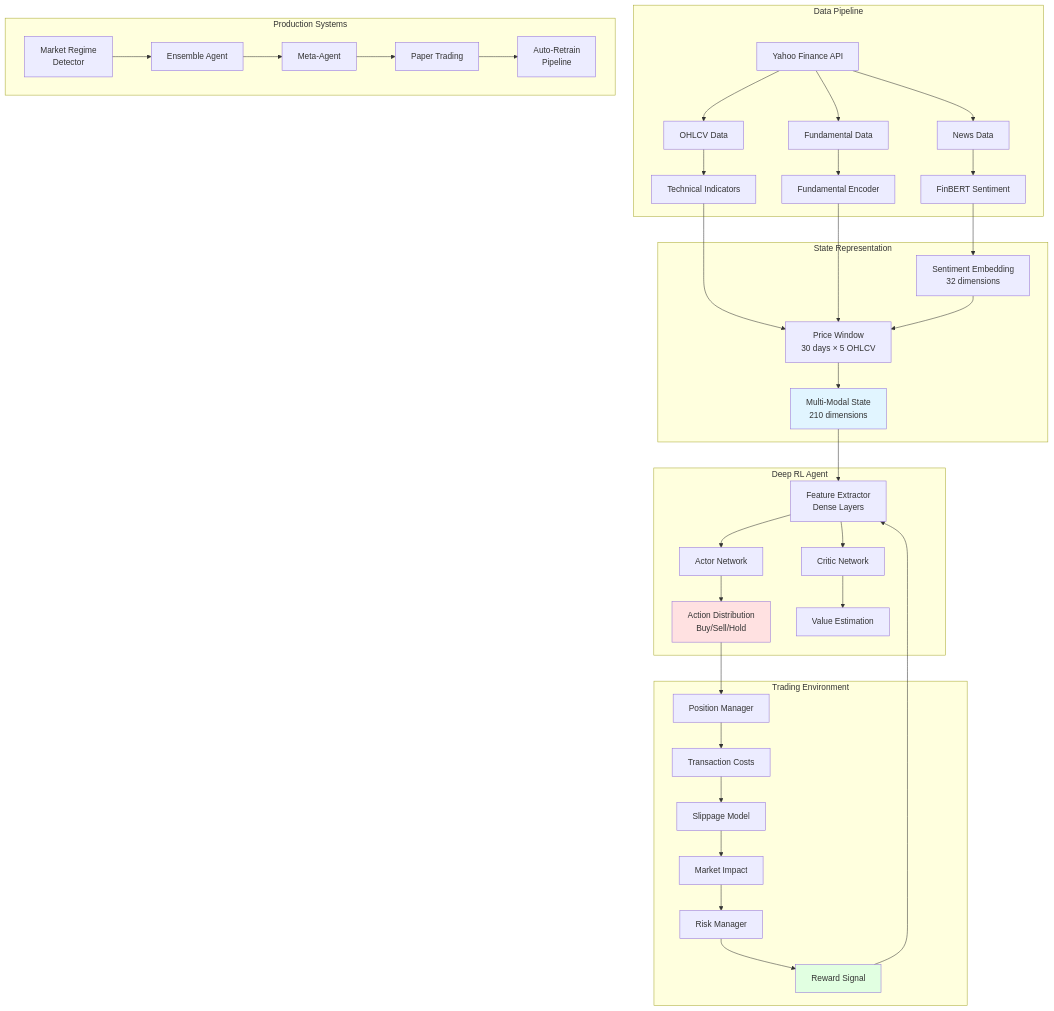
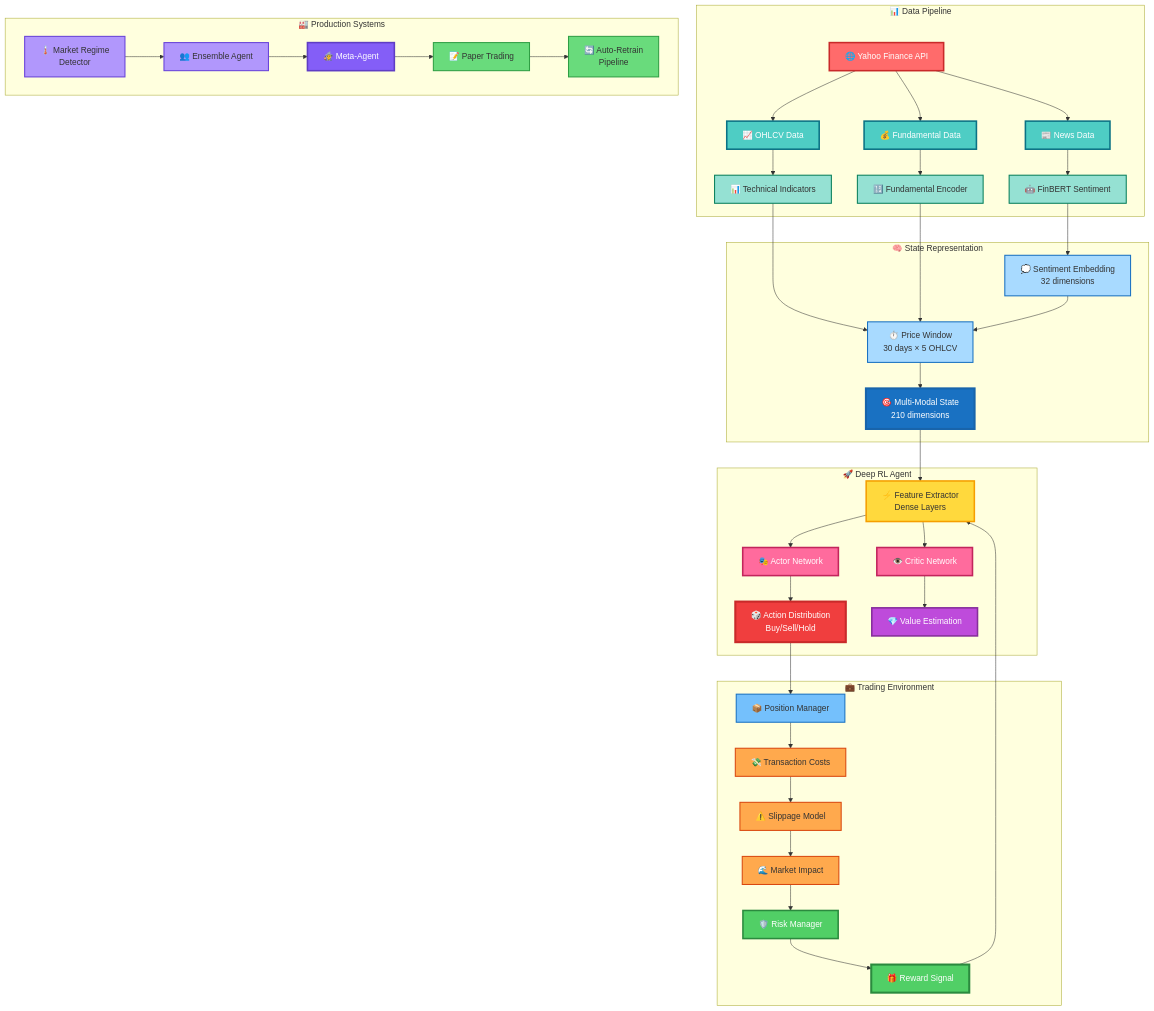
Before and after one commit to gregorizeidler/AlphaAgent: the diagram in README.md, drawn with Mermaid. The commit also changed other lines of this file and 6 other files, not shown here.

First line of the commit message:
🎨 Update: Colorful Mermaid diagram + Add evaluation image at top

````diff
--- a/README.md
+++ b/README.md
@@ -30,48 +38,75 @@
 ```mermaid
 graph TB
-    subgraph "Data Pipeline"
-        A[Yahoo Finance API] --> B[OHLCV Data]
-        A --> C[Fundamental Data]
-        A --> D[News Data]
-        B --> E[Technical Indicators]
-        C --> F[Fundamental Encoder]
-        D --> G[FinBERT Sentiment]
+    subgraph "📊 Data Pipeline"
+        A[🌐 Yahoo Finance API] --> B[📈 OHLCV Data]
+        A --> C[💰 Fundamental Data]
+        A --> D[📰 News Data]
+        B --> E[📊 Technical Indicators]
+        C --> F[🔢 Fundamental Encoder]
+        D --> G[🤖 FinBERT Sentiment]
     end
     
-    subgraph "State Representation"
-        E --> H[Price Window<br/>30 days × 5 OHLCV]
+    subgraph "🧠 State Representation"
+        E --> H[⏱️ Price Window<br/>30 days × 5 OHLCV]
         F --> H
-        G --> I[Sentiment Embedding<br/>32 dimensions]
+        G --> I[💭 Sentiment Embedding<br/>32 dimensions]
         I --> H
-        H --> J[Multi-Modal State<br/>210 dimensions]
+        H --> J[🎯 Multi-Modal State<br/>210 dimensions]
     end
     
-    subgraph "Deep RL Agent"
-        J --> K[Feature Extractor<br/>Dense Layers]
-        K --> L[Actor Network]
-        K --> M[Critic Network]
-        L --> N[Action Distribution<br/>Buy/Sell/Hold]
-        M --> O[Value Estimation]
+    subgraph "🚀 Deep RL Agent"
+        J --> K[⚡ Feature Extractor<br/>Dense Layers]
+        K --> L[🎭 Actor Network]
+        K --> M[👁️ Critic Network]
+        L --> N[🎲 Action Distribution<br/>Buy/Sell/Hold]
+        M --> O[💎 Value Estimation]
     end
     
-    subgraph "Trading Environment"
-        N --> P[Position Manager]
-        P --> Q[Transaction Costs]
-        Q --> R[Slippage Model]
-        R --> S[Market Impact]
-        S --> T[Risk Manager]
-        T --> U[Reward Signal]
+    subgraph "💼 Trading Environment"
+        N --> P[📦 Position Manager]
+        P --> Q[💸 Transaction Costs]
+        Q --> R[⚠️ Slippage Model]
+        R --> S[🌊 Market Impact]
+        S --> T[🛡️ Risk Manager]
+        T --> U[🎁 Reward Signal]
         U --> K
     end
     
-    subgraph "Production Systems"
-        V[Market Regime<br/>Detector] --> W[Ensemble Agent]
-        W --> X[Meta-Agent]
-        X --> Y[Paper Trading]
-        Y --> Z[Auto-Retrain<br/>Pipeline]
+    subgraph "🏭 Production Systems"
+        V[🌡️ Market Regime<br/>Detector] --> W[👥 Ensemble Agent]
+        W --> X[🧙 Meta-Agent]
+        X --> Y[📝 Paper Trading]
+        Y --> Z[🔄 Auto-Retrain<br/>Pipeline]
     end
     
-    style J fill:#e1f5ff
-    style N fill:#ffe1e1
-    style U fill:#e1ffe1
+    style A fill:#FF6B6B,stroke:#C92A2A,stroke-width:3px,color:#fff
+    style B fill:#4ECDC4,stroke:#0B7285,stroke-width:3px,color:#fff
+    style C fill:#4ECDC4,stroke:#0B7285,stroke-width:3px,color:#fff
+    style D fill:#4ECDC4,stroke:#0B7285,stroke-width:3px,color:#fff
+    style E fill:#95E1D3,stroke:#087F5B,stroke-width:2px
+    style F fill:#95E1D3,stroke:#087F5B,stroke-width:2px
+    style G fill:#95E1D3,stroke:#087F5B,stroke-width:2px
+    
+    style H fill:#A8DAFF,stroke:#1971C2,stroke-width:2px
+    style I fill:#A8DAFF,stroke:#1971C2,stroke-width:2px
+    style J fill:#1971C2,stroke:#1864AB,stroke-width:4px,color:#fff
+    
+    style K fill:#FFD93D,stroke:#F59F00,stroke-width:3px
+    style L fill:#FF6B9D,stroke:#C2255C,stroke-width:3px,color:#fff
+    style M fill:#FF6B9D,stroke:#C2255C,stroke-width:3px,color:#fff
+    style N fill:#F03E3E,stroke:#C92A2A,stroke-width:4px,color:#fff
+    style O fill:#BE4BDB,stroke:#862E9C,stroke-width:3px,color:#fff
+    
+    style P fill:#74C0FC,stroke:#1971C2,stroke-width:2px
+    style Q fill:#FFA94D,stroke:#D9480F,stroke-width:2px
+    style R fill:#FFA94D,stroke:#D9480F,stroke-width:2px
+    style S fill:#FFA94D,stroke:#D9480F,stroke-width:2px
+    style T fill:#51CF66,stroke:#2B8A3E,stroke-width:3px,color:#fff
+    style U fill:#51CF66,stroke:#2B8A3E,stroke-width:4px,color:#fff
+    
+    style V fill:#B197FC,stroke:#6741D9,stroke-width:2px
+    style W fill:#B197FC,stroke:#6741D9,stroke-width:2px
+    style X fill:#845EF7,stroke:#5F3DC4,stroke-width:3px,color:#fff
+    style Y fill:#69DB7C,stroke:#2F9E44,stroke-width:2px
+    style Z fill:#69DB7C,stroke:#2F9E44,stroke-width:2px
 ```
````
